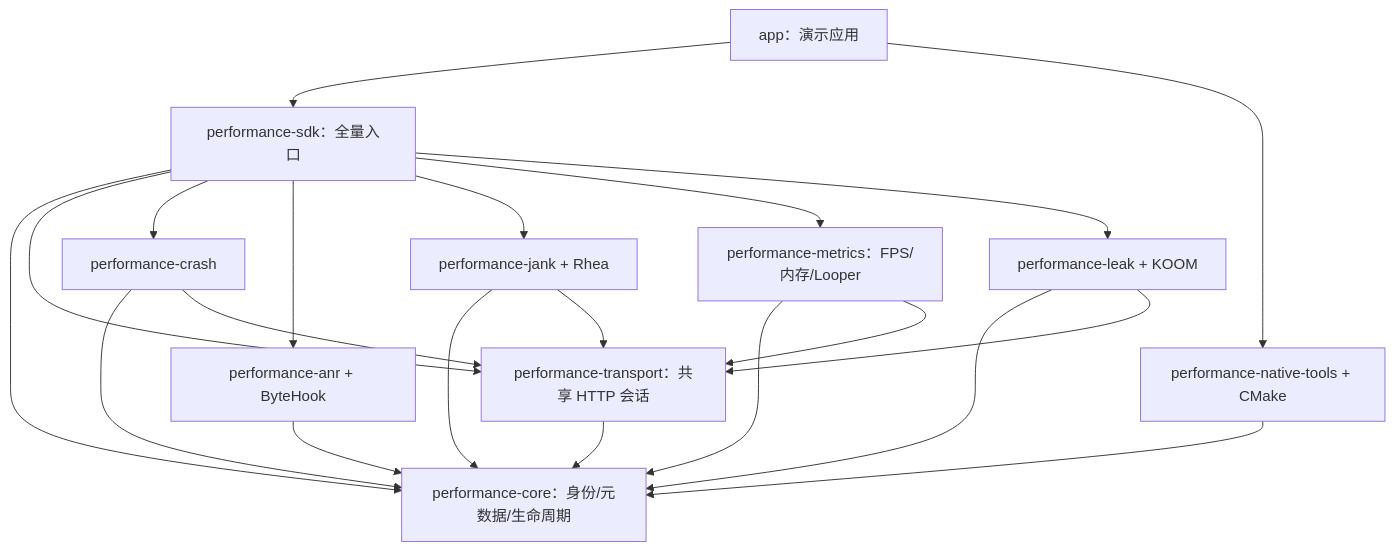
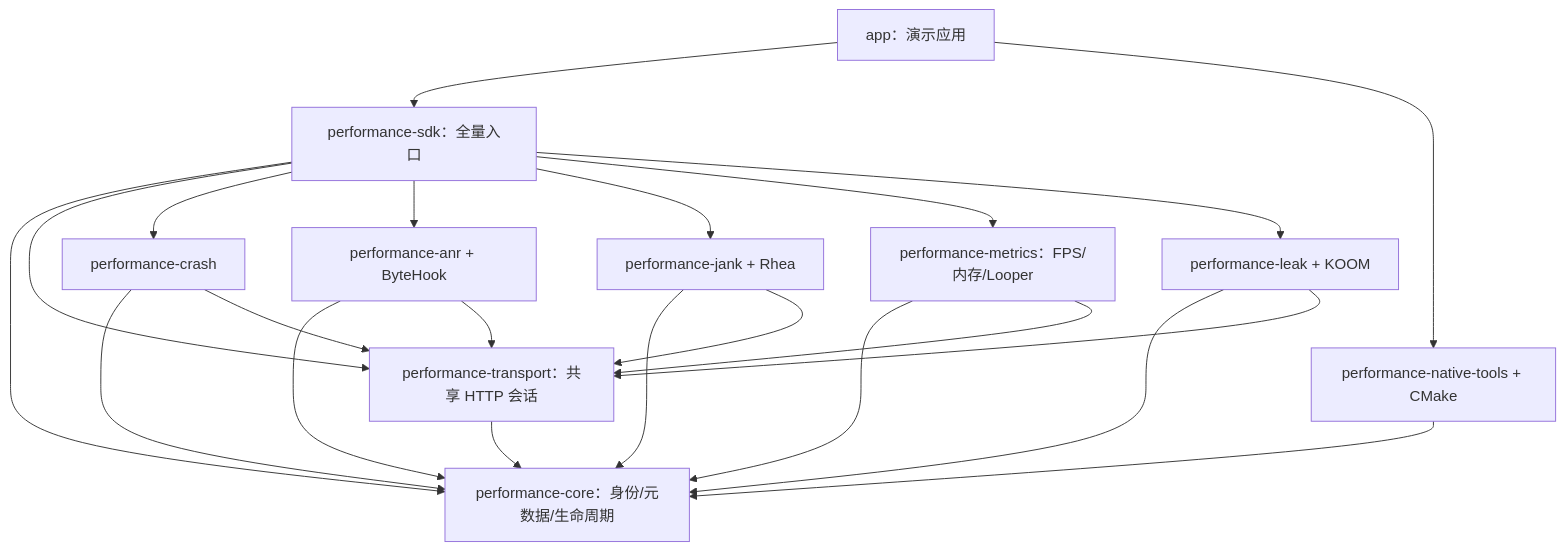
One commit to mashanshui/apm-server changed the diagram in android/docs/knowledge-base/01-模块架构与源码导航.md. Above: the diagram before and after it, drawn with Mermaid. The commit also changed other lines of this file and 172 other files, not shown here.

```diff
--- a/android/docs/knowledge-base/01-模块架构与源码导航.md
+++ b/android/docs/knowledge-base/01-模块架构与源码导航.md
@@ -9,23 +9,24 @@
 ~~~mermaid
 flowchart TD
     App["app：演示应用"] --> SDK["performance-sdk：全量入口"]
     SDK --> Core["performance-core：身份/元数据/生命周期"]
     SDK --> Transport["performance-transport：共享 HTTP 会话"]
     SDK --> Crash["performance-crash"]
     SDK --> ANR["performance-anr + ByteHook"]
     SDK --> Jank["performance-jank + Rhea"]
     SDK --> Metrics["performance-metrics：FPS/内存/Looper"]
     SDK --> Leak["performance-leak + KOOM"]
     App --> Native["performance-native-tools + CMake"]
     Crash --> Core
     Crash --> Transport
     ANR --> Core
+    ANR --> Transport
     Jank --> Core
     Jank --> Transport
     Metrics --> Core
     Metrics --> Transport
     Leak --> Core
     Leak --> Transport
     Native --> Core
     Transport --> Core
 ~~~
```
